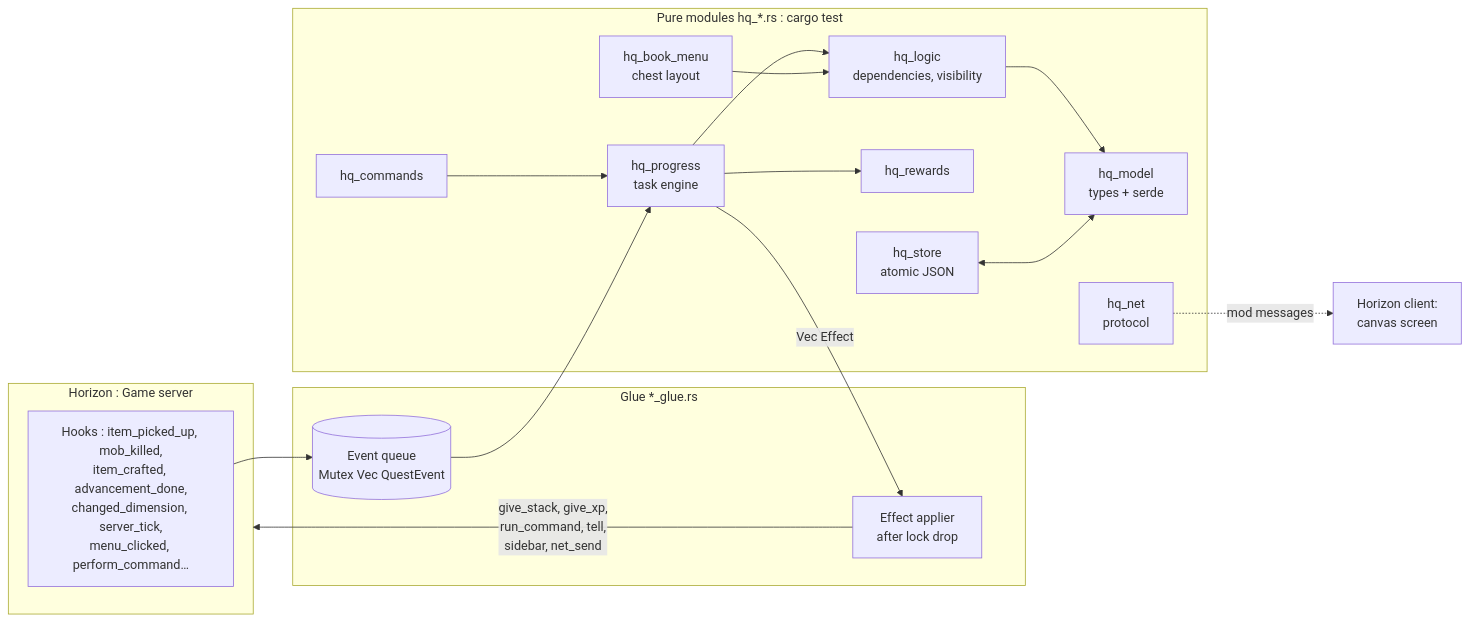
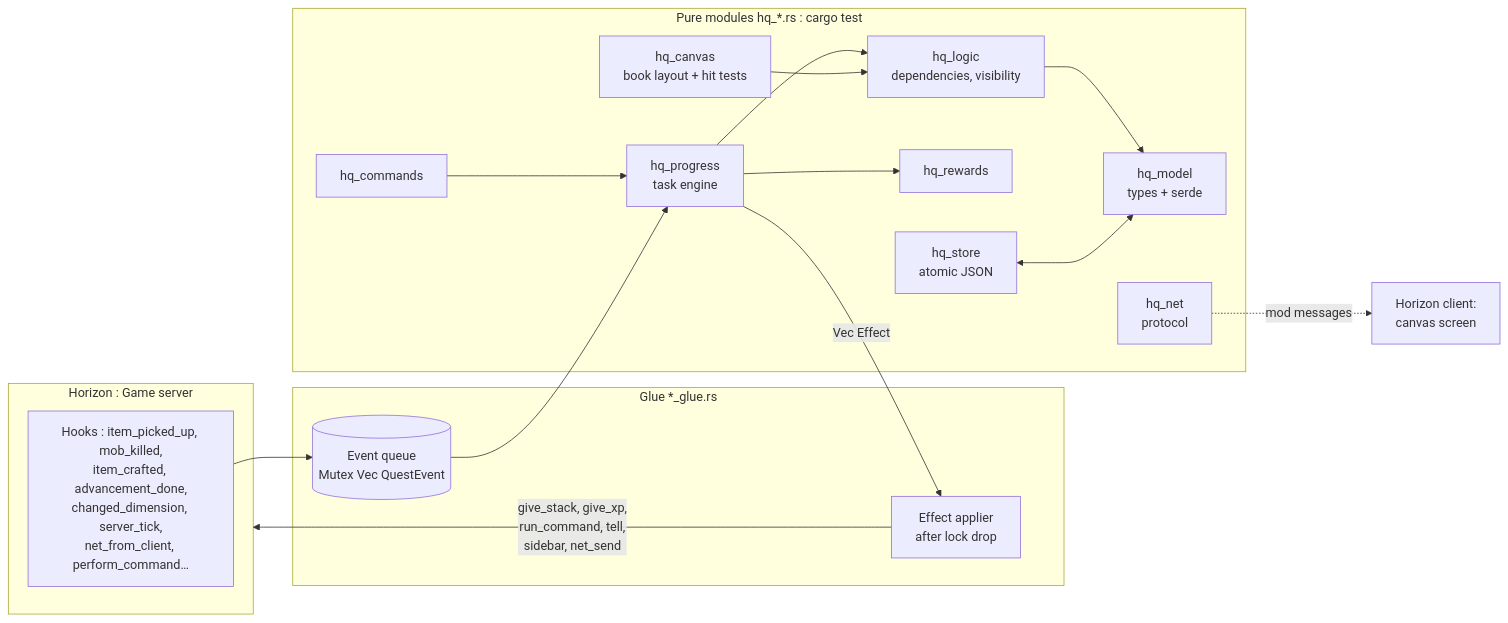
One commit to LKTbgoodall/Horizon_quest changed the diagram in vault/04 - Design/Architecture.md. Above: the diagram before and after it, drawn with Mermaid. The commit also changed other lines of this file and 28 other files, not shown here.

````diff
--- a/vault/04 - Design/Architecture.md
+++ b/vault/04 - Design/Architecture.md
@@ -18,29 +18,29 @@
 ```mermaid
 flowchart LR
   subgraph Game[Horizon : Game server]
-    H[Hooks : item_picked_up, mob_killed,<br/>item_crafted, advancement_done,<br/>changed_dimension, server_tick,<br/>menu_clicked, perform_command…]
+    H[Hooks : item_picked_up, mob_killed,<br/>item_crafted, advancement_done,<br/>changed_dimension, server_tick,<br/>net_from_client, perform_command…]
   end
   subgraph Glue[Glue *_glue.rs]
     Q[(Event queue<br/>Mutex Vec QuestEvent)]
     A[Effect applier<br/>after lock drop]
   end
   subgraph Pure[Pure modules hq_*.rs : cargo test]
     M[hq_model<br/>types + serde]
     L[hq_logic<br/>dependencies, visibility]
     P[hq_progress<br/>task engine]
     R[hq_rewards]
     C[hq_commands]
-    B[hq_book_menu<br/>chest layout]
+    B[hq_canvas<br/>book layout + hit tests]
     N[hq_net<br/>protocol]
     S[hq_store<br/>atomic JSON]
   end
   H --> Q --> P
   P --> L --> M
   P --> R
   C --> P
   B --> L
   P -- Vec Effect --> A
   A -- give_stack, give_xp,<br/>run_command, tell,<br/>sidebar, net_send --> Game
   S <--> M
   N -. mod messages .-> CL[Horizon client:<br/>canvas screen]
 ```
````
